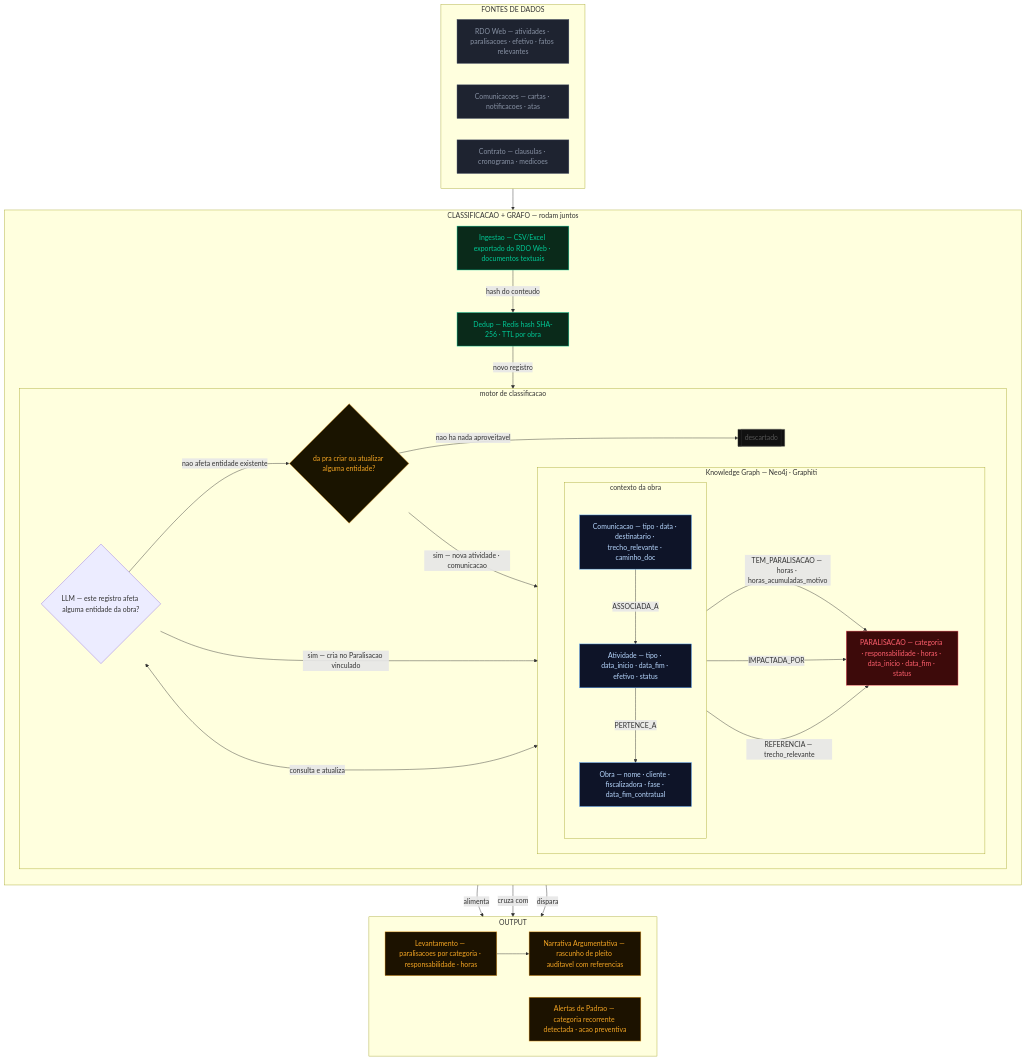
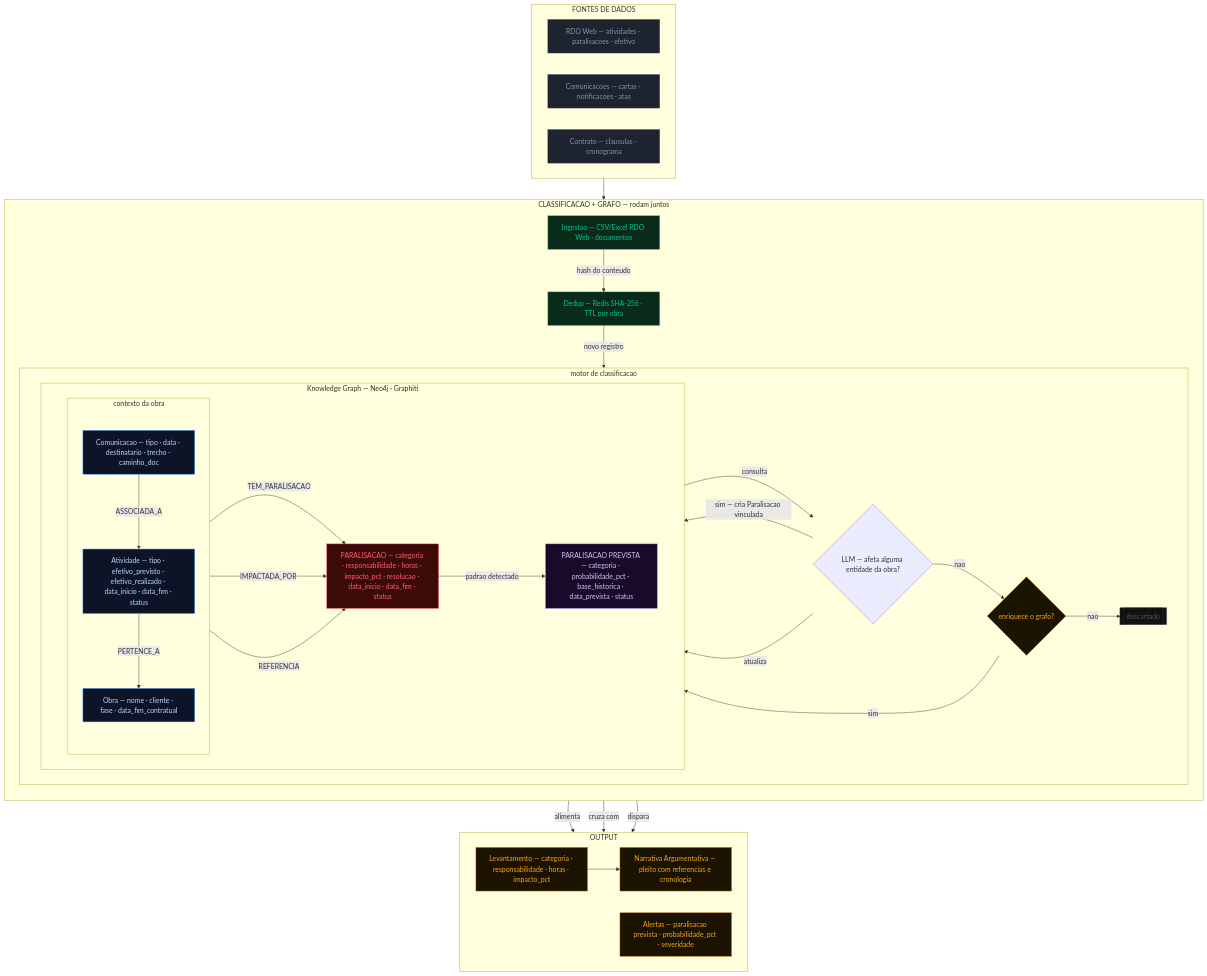
The diagram in README.md (FeLisak/segundo-cerebro-obra), drawn with Mermaid before and after one commit. The commit also changed other lines of this file, not shown here.

```diff
--- a/README.md
+++ b/README.md
@@ -11,46 +11,49 @@
 
     subgraph FONTES["FONTES DE DADOS"]
         direction LR
-        F1["RDO Web — atividades · paralisacoes · efetivo · fatos relevantes"]
+        F1["RDO Web — atividades · paralisacoes · efetivo"]
         F2["Comunicacoes — cartas · notificacoes · atas"]
-        F3["Contrato — clausulas · cronograma · medicoes"]
+        F3["Contrato — clausulas · cronograma"]
     end
 
     subgraph LOOP["CLASSIFICACAO + GRAFO — rodam juntos"]
         direction TB
 
-        P1["Ingestao — CSV/Excel exportado do RDO Web · documentos textuais"]
-        P2["Dedup — Redis hash SHA-256 · TTL por obra"]
+        P1["Ingestao — CSV/Excel RDO Web · documentos"]
+        P2["Dedup — Redis SHA-256 · TTL por obra"]
 
         subgraph CLASSIF["motor de classificacao"]
             direction LR
-            LLM{"LLM — este registro afeta alguma entidade da obra?"}
-            CRIAR{"da pra criar ou atualizar alguma entidade?"}
+            LLM{"LLM — afeta alguma entidade da obra?"}
+            CRIAR{"enriquece o grafo?"}
 
             subgraph KG["Knowledge Graph — Neo4j · Graphiti"]
                 direction LR
 
                 subgraph CTX["contexto da obra"]
                     direction TB
-                    E1["Obra — nome · cliente · fiscalizadora · fase · data_fim_contratual"]
-                    E2["Atividade — tipo · data_inicio · data_fim · efetivo · status"]
-                    E3["Comunicacao — tipo · data · destinatario · trecho_relevante · caminho_doc"]
+                    E1["Obra — nome · cliente · fase · data_fim_contratual"]
+                    E2["Atividade — tipo · efetivo_previsto · efetivo_realizado · data_inicio · data_fim · status"]
+                    E3["Comunicacao — tipo · data · destinatario · trecho · caminho_doc"]
                     E2 -->|PERTENCE_A| E1
                     E3 -->|ASSOCIADA_A| E2
                 end
 
-                E4["PARALISACAO — categoria · responsabilidade · horas · data_inicio · data_fim · status"]
+                E4["PARALISACAO — categoria · responsabilidade · horas · impacto_pct · resolucao · data_inicio · data_fim · status"]
+                E5["PARALISACAO PREVISTA — categoria · probabilidade_pct · base_historica · data_prevista · status"]
 
-                E1 -->|TEM_PARALISACAO — horas · horas_acumuladas_motivo| E4
+                E1 -->|TEM_PARALISACAO| E4
                 E2 -->|IMPACTADA_POR| E4
-                E3 -->|REFERENCIA — trecho_relevante| E4
+                E3 -->|REFERENCIA| E4
+                E4 -->|padrao detectado| E5
             end
 
-            LLM -->|sim — cria no Paralisacao vinculado| KG
-            LLM -->|nao afeta entidade existente| CRIAR
-            CRIAR -->|sim — nova atividade · comunicacao| KG
-            CRIAR -->|nao ha nada aproveitavel| DESCARTE[["descartado"]]
-            LLM <-->|consulta e atualiza| KG
+            LLM -->|sim — cria Paralisacao vinculada| E4
+            LLM -->|nao| CRIAR
+            CRIAR -->|sim| E1
+            CRIAR -->|nao| DESCARTE[["descartado"]]
+            KG -->|consulta| LLM
+            LLM -->|atualiza| KG
         end
 
         P1 -->|hash do conteudo| P2
@@ -59,21 +62,22 @@
 
     subgraph OUTPUT["OUTPUT"]
         direction LR
-        O1["Levantamento — paralisacoes por categoria · responsabilidade · horas"]
-        O2["Narrativa Argumentativa — rascunho de pleito auditavel com referencias"]
-        O3["Alertas de Padrao — categoria recorrente detectada · acao preventiva"]
+        O1["Levantamento — categoria · responsabilidade · horas · impacto_pct"]
+        O2["Narrativa Argumentativa — pleito com referencias e cronologia"]
+        O3["Alertas — paralisacao prevista · probabilidade_pct · severidade"]
     end
 
     FONTES --> P1
     E4 -->|alimenta| O1
     E3 -->|cruza com| O2
     O1 --> O2
-    E4 -->|dispara| O3
+    E5 -->|dispara| O3
 
     classDef fonte    fill:#1e2330,stroke:#3a4560,color:#8892a4
     classDef pipeline fill:#0a2a1a,stroke:#00c896,color:#00c896
     classDef entity   fill:#0e1428,stroke:#4a9eff,color:#b8d8ff
     classDef risco    fill:#3d0a0a,stroke:#ff5f6d,color:#ff5f6d
+    classDef previsao fill:#1a0a2a,stroke:#a78bfa,color:#d4c4ff
     classDef output   fill:#1c1200,stroke:#f5a623,color:#f5a623
     classDef descarte fill:#111,stroke:#333,color:#555
     classDef decisao  fill:#1a1400,stroke:#f5a623,color:#f5a623
@@ -82,6 +86,7 @@
     class P1,P2 pipeline
     class E1,E2,E3 entity
     class E4 risco
+    class E5 previsao
     class O1,O2,O3 output
     class DESCARTE descarte
     class CRIAR decisao
```
